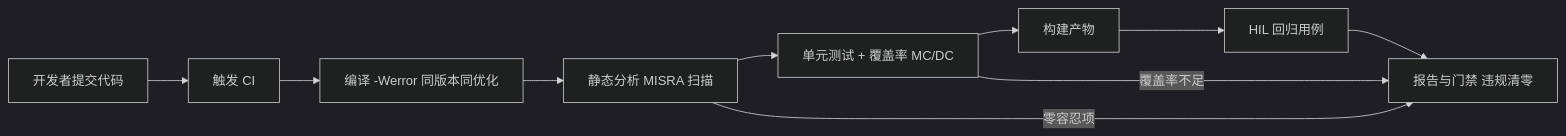
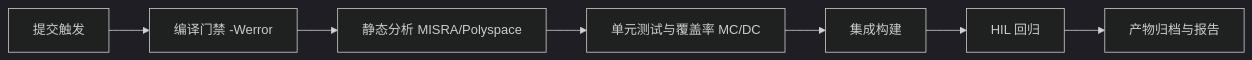
Before and after one commit to 1208826038/embedded-skill-notes: the fifth of 11 diagrams in articles/16-testing-ci.md, drawn with Mermaid (dark theme). The commit also changed other lines of this file, not shown here.

````diff
--- a/articles/16-testing-ci.md
+++ b/articles/16-testing-ci.md
@@ -97,12 +477,9 @@
 ```mermaid
 flowchart LR
-    A[开发者提交代码] --> B[触发 CI]
-    B --> C[编译 -Werror 同版本同优化]
-    C --> D[静态分析 MISRA 扫描]
-    D --> E[单元测试 + 覆盖率 MC/DC]
-    E --> F[构建产物]
-    F --> G[HIL 回归用例]
-    G --> H[报告与门禁 违规清零]
-    D -->|零容忍项| H
-    E -->|覆盖率不足| H
+    A[提交触发] --> B[编译门禁 -Werror]
+    B --> C[静态分析 MISRA/Polyspace]
+    C --> D[单元测试与覆盖率 MC/DC]
+    D --> E[集成构建]
+    E --> F[HIL 回归]
+    F --> G[产物归档与报告]
 ```
````
